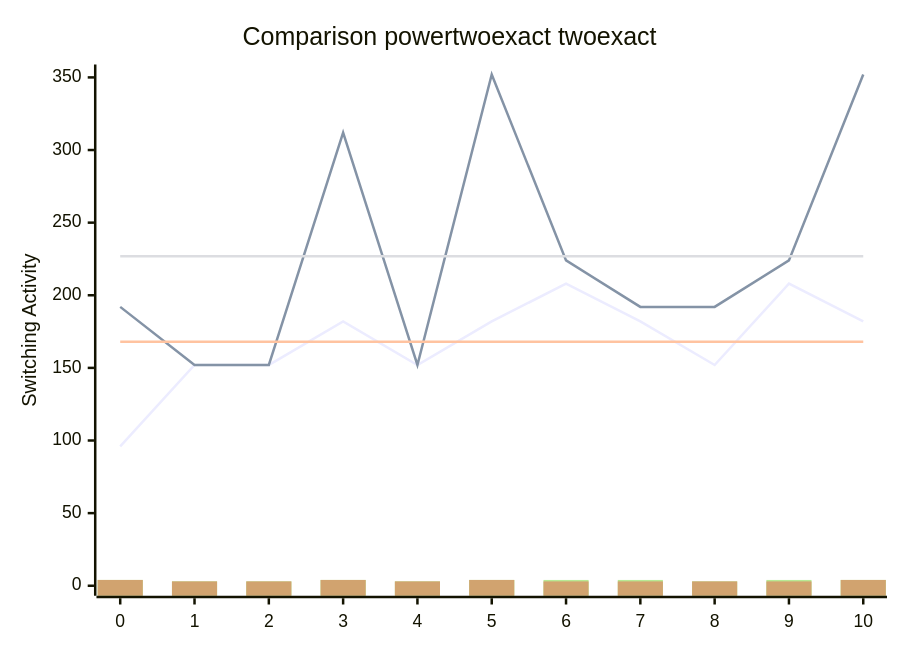
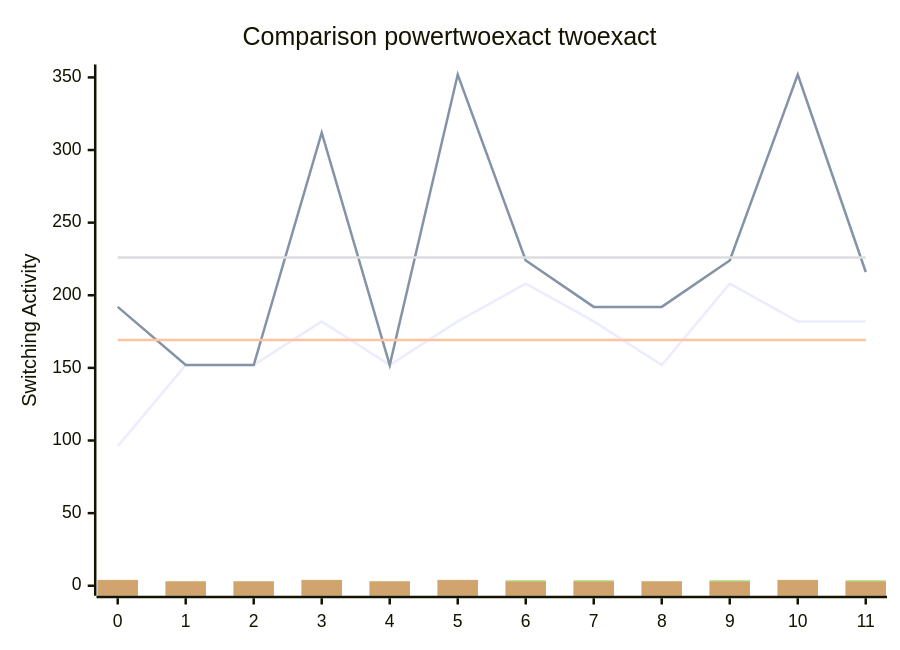
One commit to FeldmeierMichael/Exact-Power-Synthesis changed the diagram in benchmark.md. Above: the diagram before and after it, drawn with Mermaid. The commit also changed other lines of this file and 2 other files, not shown here.

````diff
--- a/benchmark.md
+++ b/benchmark.md
@@ -23,12 +25,12 @@
 ```mermaid
 xychart-beta
     title "Comparison powertwoexact twoexact"
-    x-axis [0, 1, 2, 3, 4, 5, 6, 7, 8, 9, 10]
+    x-axis [0, 1, 2, 3, 4, 5, 6, 7, 8, 9, 10, 11]
     y-axis "Switching Activity" 0-->352
-    line [96, 152, 152, 182, 152, 182, 208, 182, 152, 208, 182]
-    line [192, 152, 152, 312, 152, 352, 224, 192, 192, 224, 352]
-    line [168.0, 168.0, 168.0, 168.0, 168.0, 168.0, 168.0, 168.0, 168.0, 168.0, 168.0]
-    line [226.9090909090909, 226.9090909090909, 226.9090909090909, 226.9090909090909, 226.9090909090909, 226.9090909090909, 226.9090909090909, 226.9090909090909, 226.9090909090909, 226.9090909090909, 226.9090909090909]
-    bar [4, 3, 3, 4, 3, 4, 4, 4, 3, 4, 4, 4, 3, 3, 4, 3, 4, 4, 4, 3, 4, 4, 4, 3, 3, 4, 3, 4, 4, 4, 3, 4, 4, 4, 3, 3, 4, 3, 4, 4, 4, 3, 4, 4, 4, 3, 3, 4, 3, 4, 4, 4, 3, 4, 4, 4, 3, 3, 4, 3, 4, 4, 4, 3, 4, 4, 4, 3, 3, 4, 3, 4, 4, 4, 3, 4, 4, 4, 3, 3, 4, 3, 4, 4, 4, 3, 4, 4, 4, 3, 3, 4, 3, 4, 4, 4, 3, 4, 4, 4, 3, 3, 4, 3, 4, 4, 4, 3, 4, 4, 4, 3, 3, 4, 3, 4, 4, 4, 3, 4, 4, 4, 3, 3, 4, 3, 4, 4, 4, 3, 4, 4, 4, 3, 3, 4, 3, 4, 4, 4, 3, 4, 4, 4, 3, 3, 4, 3, 4, 4, 4, 3, 4, 4, 4, 3, 3, 4, 3, 4, 4, 4, 3, 4, 4, 4, 3, 3, 4, 3, 4, 4, 4, 3, 4, 4, 4, 3, 3, 4, 3, 4, 4, 4, 3, 4, 4, 4, 3, 3, 4, 3, 4, 4, 4, 3, 4, 4, 4, 3, 3, 4, 3, 4, 4, 4, 3, 4, 4, 4, 3, 3, 4, 3, 4, 4, 4, 3, 4, 4]
-    bar [4, 3, 3, 4, 3, 4, 3, 3, 3, 3, 4, 4, 3, 3, 4, 3, 4, 3, 3, 3, 3, 4, 4, 3, 3, 4, 3, 4, 3, 3, 3, 3, 4, 4, 3, 3, 4, 3, 4, 3, 3, 3, 3, 4, 4, 3, 3, 4, 3, 4, 3, 3, 3, 3, 4, 4, 3, 3, 4, 3, 4, 3, 3, 3, 3, 4, 4, 3, 3, 4, 3, 4, 3, 3, 3, 3, 4, 4, 3, 3, 4, 3, 4, 3, 3, 3, 3, 4, 4, 3, 3, 4, 3, 4, 3, 3, 3, 3, 4, 4, 3, 3, 4, 3, 4, 3, 3, 3, 3, 4, 4, 3, 3, 4, 3, 4, 3, 3, 3, 3, 4, 4, 3, 3, 4, 3, 4, 3, 3, 3, 3, 4, 4, 3, 3, 4, 3, 4, 3, 3, 3, 3, 4, 4, 3, 3, 4, 3, 4, 3, 3, 3, 3, 4, 4, 3, 3, 4, 3, 4, 3, 3, 3, 3, 4, 4, 3, 3, 4, 3, 4, 3, 3, 3, 3, 4, 4, 3, 3, 4, 3, 4, 3, 3, 3, 3, 4, 4, 3, 3, 4, 3, 4, 3, 3, 3, 3, 4, 4, 3, 3, 4, 3, 4, 3, 3, 3, 3, 4, 4, 3, 3, 4, 3, 4, 3, 3, 3, 3, 4]
+    line [96, 152, 152, 182, 152, 182, 208, 182, 152, 208, 182, 182]
+    line [192, 152, 152, 312, 152, 352, 224, 192, 192, 224, 352, 216]
+    line [169.16666666666666, 169.16666666666666, 169.16666666666666, 169.16666666666666, 169.16666666666666, 169.16666666666666, 169.16666666666666, 169.16666666666666, 169.16666666666666, 169.16666666666666, 169.16666666666666, 169.16666666666666]
+    line [226.0, 226.0, 226.0, 226.0, 226.0, 226.0, 226.0, 226.0, 226.0, 226.0, 226.0, 226.0]
+    bar [4, 3, 3, 4, 3, 4, 4, 4, 3, 4, 4, 4, 4, 3, 3, 4, 3, 4, 4, 4, 3, 4, 4, 4, 4, 3, 3, 4, 3, 4, 4, 4, 3, 4, 4, 4, 4, 3, 3, 4, 3, 4, 4, 4, 3, 4, 4, 4, 4, 3, 3, 4, 3, 4, 4, 4, 3, 4, 4, 4, 4, 3, 3, 4, 3, 4, 4, 4, 3, 4, 4, 4, 4, 3, 3, 4, 3, 4, 4, 4, 3, 4, 4, 4, 4, 3, 3, 4, 3, 4, 4, 4, 3, 4, 4, 4, 4, 3, 3, 4, 3, 4, 4, 4, 3, 4, 4, 4, 4, 3, 3, 4, 3, 4, 4, 4, 3, 4, 4, 4, 4, 3, 3, 4, 3, 4, 4, 4, 3, 4, 4, 4, 4, 3, 3, 4, 3, 4, 4, 4, 3, 4, 4, 4, 4, 3, 3, 4, 3, 4, 4, 4, 3, 4, 4, 4, 4, 3, 3, 4, 3, 4, 4, 4, 3, 4, 4, 4, 4, 3, 3, 4, 3, 4, 4, 4, 3, 4, 4, 4, 4, 3, 3, 4, 3, 4, 4, 4, 3, 4, 4, 4, 4, 3, 3, 4, 3, 4, 4, 4, 3, 4, 4, 4, 4, 3, 3, 4, 3, 4, 4, 4, 3, 4, 4, 4, 4, 3, 3, 4, 3, 4, 4, 4, 3, 4, 4, 4, 4, 3, 3, 4, 3, 4, 4, 4, 3, 4, 4, 4]
+    bar [4, 3, 3, 4, 3, 4, 3, 3, 3, 3, 4, 3, 4, 3, 3, 4, 3, 4, 3, 3, 3, 3, 4, 3, 4, 3, 3, 4, 3, 4, 3, 3, 3, 3, 4, 3, 4, 3, 3, 4, 3, 4, 3, 3, 3, 3, 4, 3, 4, 3, 3, 4, 3, 4, 3, 3, 3, 3, 4, 3, 4, 3, 3, 4, 3, 4, 3, 3, 3, 3, 4, 3, 4, 3, 3, 4, 3, 4, 3, 3, 3, 3, 4, 3, 4, 3, 3, 4, 3, 4, 3, 3, 3, 3, 4, 3, 4, 3, 3, 4, 3, 4, 3, 3, 3, 3, 4, 3, 4, 3, 3, 4, 3, 4, 3, 3, 3, 3, 4, 3, 4, 3, 3, 4, 3, 4, 3, 3, 3, 3, 4, 3, 4, 3, 3, 4, 3, 4, 3, 3, 3, 3, 4, 3, 4, 3, 3, 4, 3, 4, 3, 3, 3, 3, 4, 3, 4, 3, 3, 4, 3, 4, 3, 3, 3, 3, 4, 3, 4, 3, 3, 4, 3, 4, 3, 3, 3, 3, 4, 3, 4, 3, 3, 4, 3, 4, 3, 3, 3, 3, 4, 3, 4, 3, 3, 4, 3, 4, 3, 3, 3, 3, 4, 3, 4, 3, 3, 4, 3, 4, 3, 3, 3, 3, 4, 3, 4, 3, 3, 4, 3, 4, 3, 3, 3, 3, 4, 3, 4, 3, 3, 4, 3, 4, 3, 3, 3, 3, 4, 3]
 ```
````
